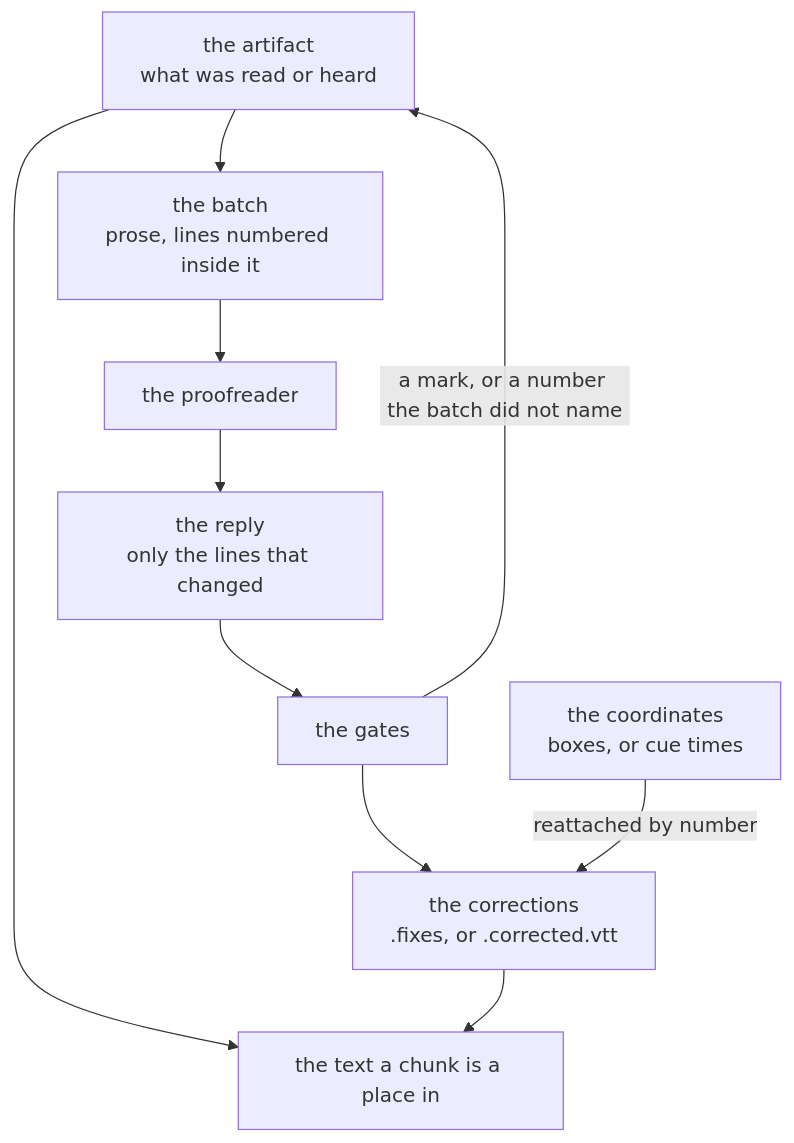
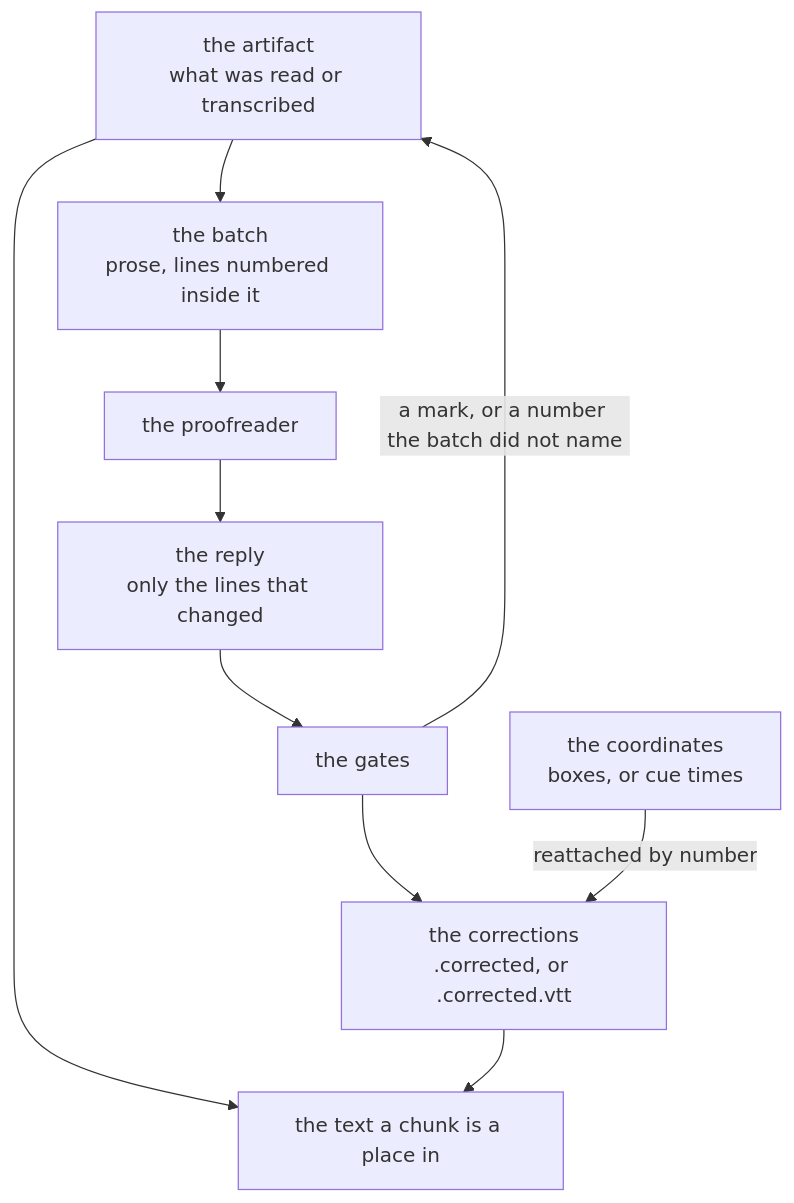
One commit to jiva-studio/numen changed the diagram in docs/proofreading.md. Above: the diagram before and after it, drawn with Mermaid. The commit also changed other lines of this file and 1278 other files, not shown here.

````diff
--- a/docs/proofreading.md
+++ b/docs/proofreading.md
@@ -24,21 +24,21 @@
 ```mermaid
 graph TD
-    ART["the artifact<br/>what was read or heard"]
+    ART["the artifact<br/>what was read or transcribed"]
     COORD["the coordinates<br/>boxes, or cue times"]
     ASK["the batch<br/>prose, lines numbered inside it"]
     MODEL["the proofreader"]
     REPLY["the reply<br/>only the lines that changed"]
     GATES["the gates"]
-    FIX["the corrections<br/>.fixes, or .corrected.vtt"]
+    FIX["the corrections<br/>.corrected, or .corrected.vtt"]
     OUT["the text a chunk is a place in"]
 
     ART --> ASK
     ASK --> MODEL
     MODEL --> REPLY
     REPLY --> GATES
     GATES -->|"a mark, or a number the batch did not name"| ART
     GATES --> FIX
     COORD -->|"reattached by number"| FIX
     ART --> OUT
     FIX --> OUT
 ```
````
